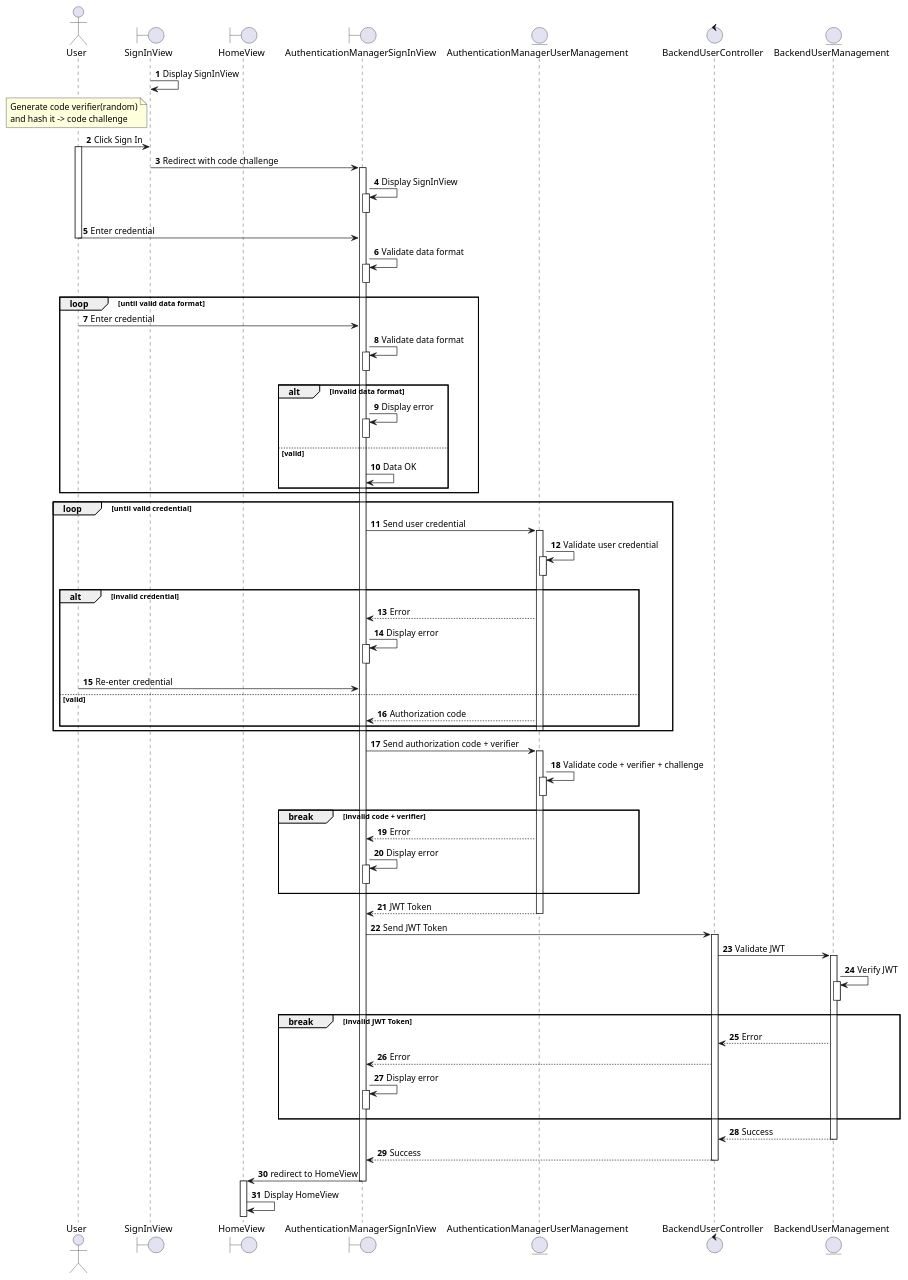
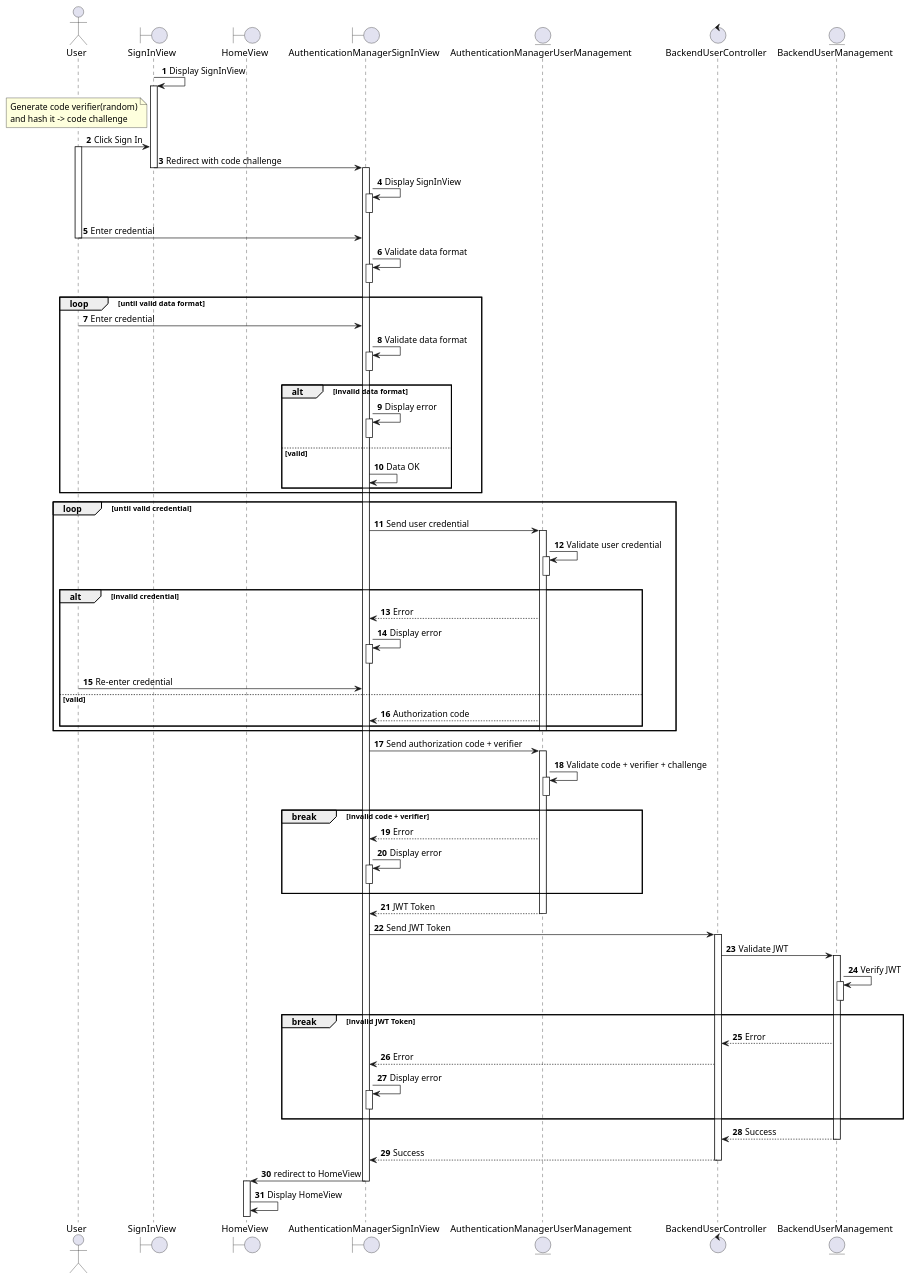
The diagram in docs/docs/sequence/auth/sign-in.md (electricilies/electricilies.github.io), drawn with PlantUML before and after one commit.

Commit message:
chore: temp commit

```diff
--- a/docs/docs/sequence/auth/sign-in.md
+++ b/docs/docs/sequence/auth/sign-in.md
@@ -13,10 +13,12 @@
 entity BackendUserManagement as BUM
 
 SIV -> SIV: Display SignInView
+activate SIV
 note left of SIV: Generate code verifier(random)\nand hash it -> code challenge
 U -> SIV: Click Sign In
 activate U
 SIV -> AMSIV: Redirect with code challenge
+deactivate SIV
 activate AMSIV
 
 AMSIV -> AMSIV: Display SignInView
```
